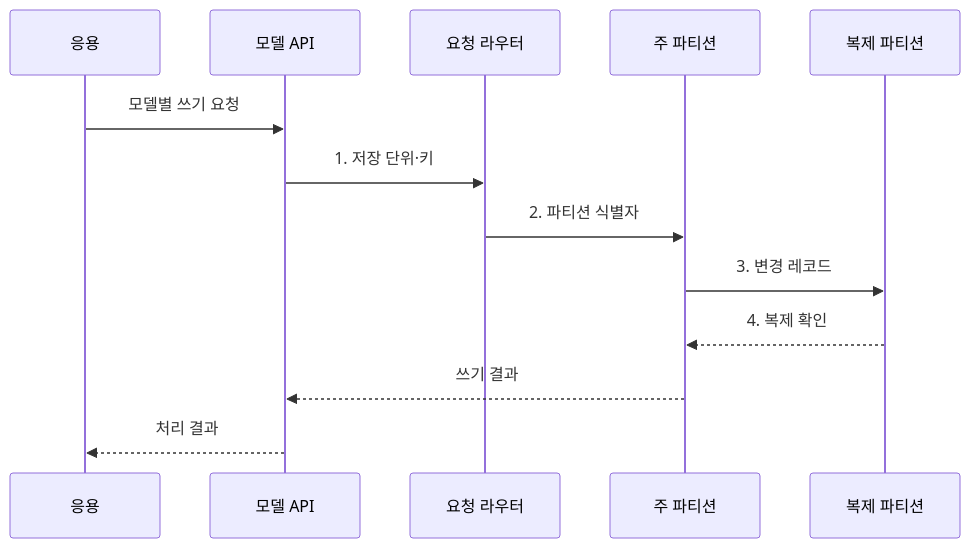
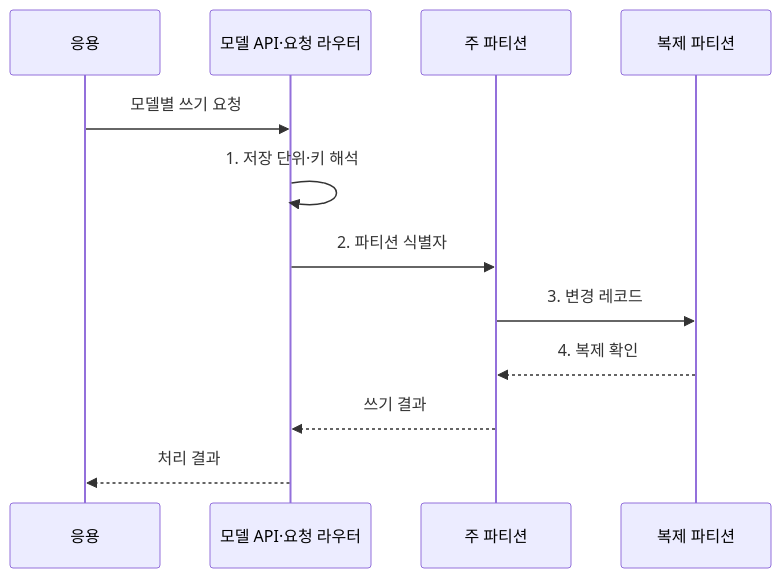
One commit to agnusdei1207/knowledge-base changed the second of 2 diagrams in src/content/docs/notes/03-software/102_nosql_types.md. Above: the diagram before and after it, drawn with Mermaid. The commit also changed 7 other files, not shown here.

Commit message:
Refine distributed data diagrams

````diff
--- a/src/content/docs/notes/03-software/102_nosql_types.md
+++ b/src/content/docs/notes/03-software/102_nosql_types.md
@@ -101,15 +101,14 @@
 ```mermaid
 sequenceDiagram
     participant A as 응용
-    participant D as 모델 API
-    participant R as 요청 라우터
+    participant D as 모델 API·요청 라우터
     participant P as 주 파티션
     participant S as 복제 파티션
     A->>D: 모델별 쓰기 요청
-    D->>R: 1. 저장 단위·키
-    R->>P: 2. 파티션 식별자
+    D->>D: 1. 저장 단위·키 해석
+    D->>P: 2. 파티션 식별자
     P->>S: 3. 변경 레코드
     S-->>P: 4. 복제 확인
     P-->>D: 쓰기 결과
     D-->>A: 처리 결과
 ```
````
